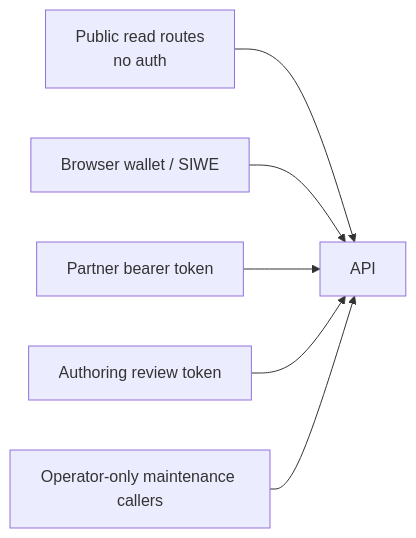
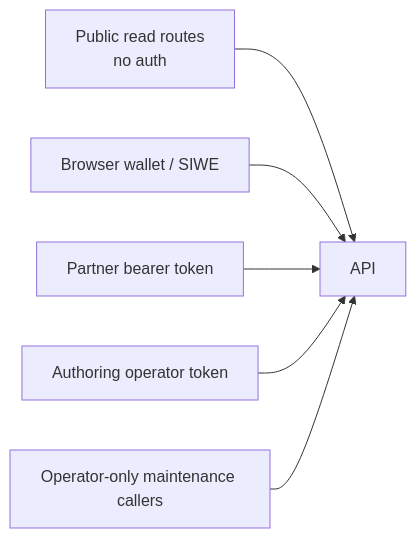
One commit to andymolecule/Agora changed the fifth of 9 diagrams in docs/system-anatomy.md. Above: the diagram before and after it, drawn with Mermaid. The commit also changed other lines of this file and 5 other files, not shown here.

````diff
--- a/docs/system-anatomy.md
+++ b/docs/system-anatomy.md
@@ -801,8 +801,8 @@
 ```mermaid
 flowchart LR
     Public["Public read routes\nno auth"] --> API["API"]
     Wallet["Browser wallet / SIWE"] --> API
     Partner["Partner bearer token"] --> API
-    Review["Authoring review token"] --> API
+    Review["Authoring operator token"] --> API
     Operator["Operator-only maintenance callers"] --> API
 ```
````
